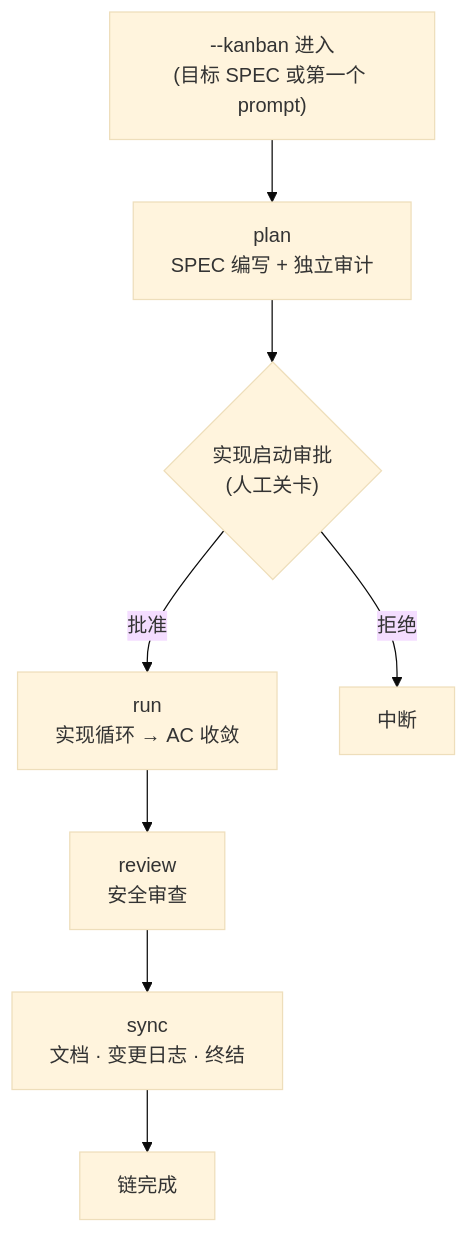
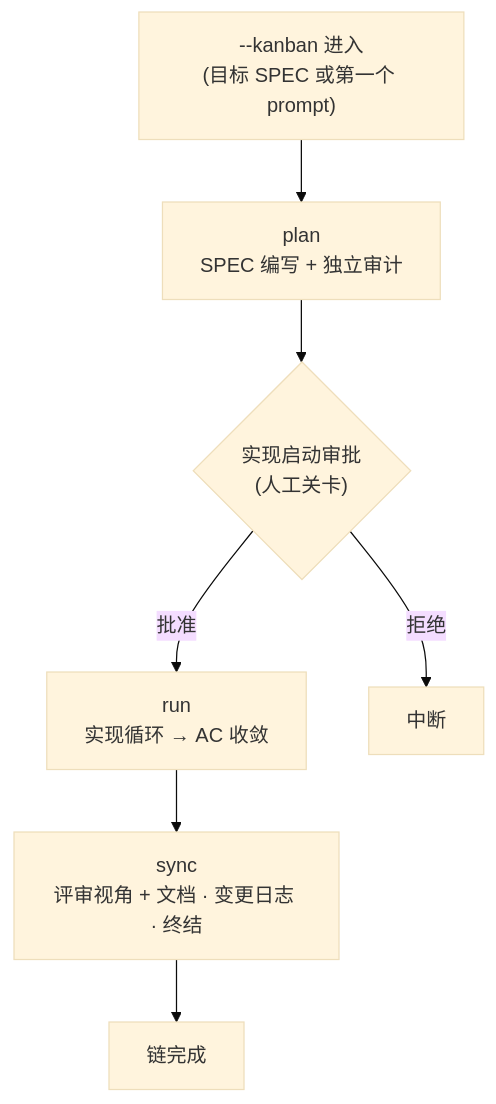
The second of 2 diagrams in docs-site/content/zh/advanced/kanban-mode.md (modu-ai/moai-adk), drawn with Mermaid (base theme) before and after one commit. The commit also changed other lines of this file and 16 other files, not shown here.

````diff
--- a/docs-site/content/zh/advanced/kanban-mode.md
+++ b/docs-site/content/zh/advanced/kanban-mode.md
@@ -208,10 +207,9 @@
 ```mermaid
 flowchart TD
     Entry["--kanban 进入<br/>(目标 SPEC 或第一个 prompt)"] --> Plan["plan<br/>SPEC 编写 + 独立审计"]
     Plan --> Gate1{"实现启动审批<br/>(人工关卡)"}
     Gate1 -->|"批准"| Run["run<br/>实现循环 → AC 收敛"]
     Gate1 -->|"拒绝"| Stop1["中断"]
-    Run --> Review["review<br/>安全审查"]
-    Review --> Sync["sync<br/>文档 · 变更日志 · 终结"]
+    Run --> Sync["sync<br/>评审视角 + 文档 · 变更日志 · 终结"]
     Sync --> Done["链完成"]
 ```
````
